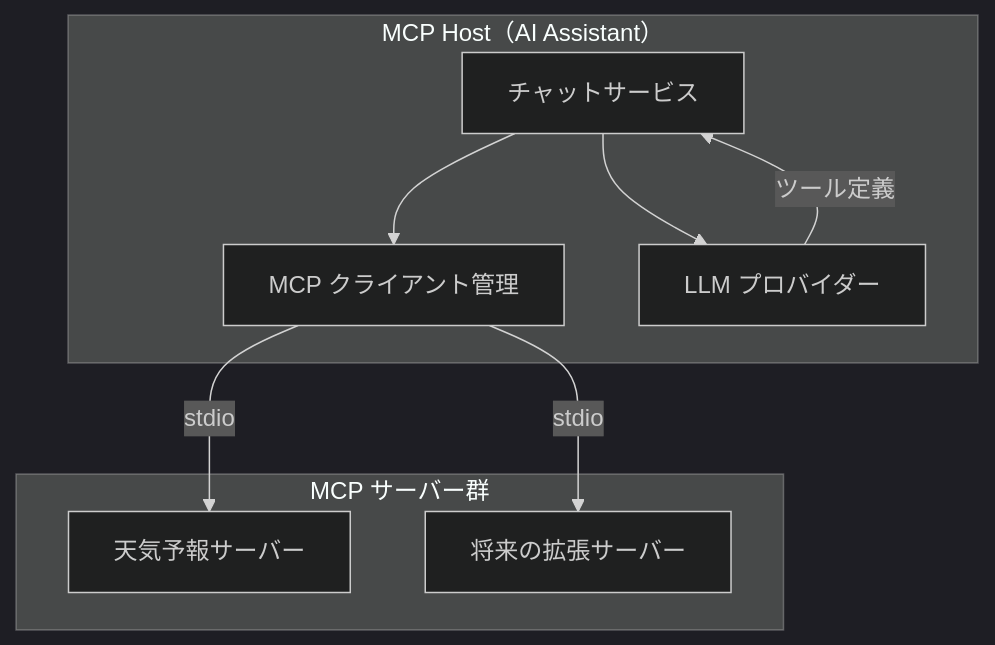
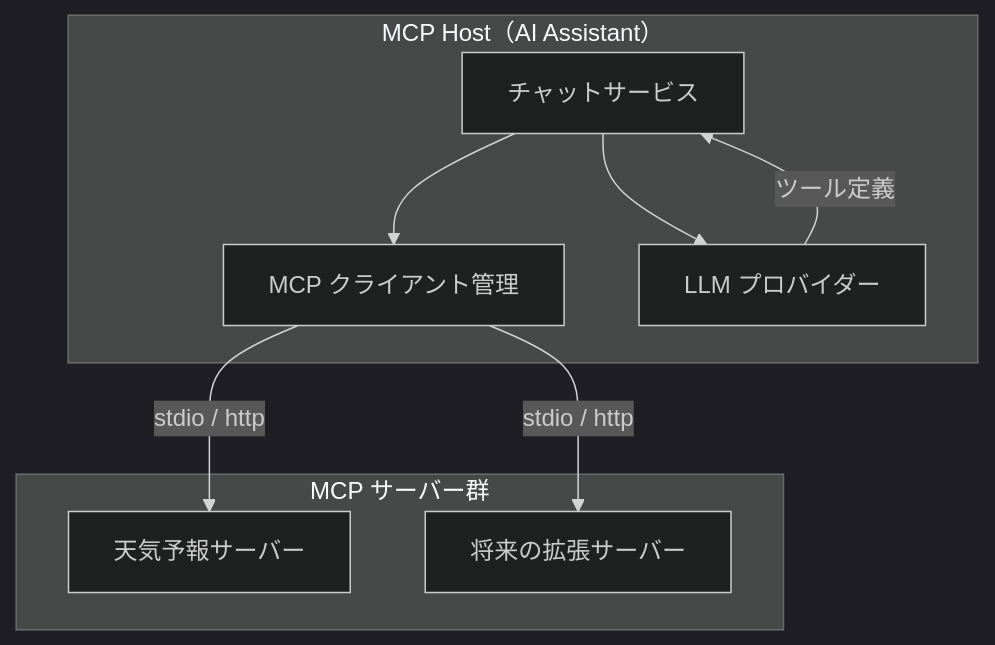
One commit to becky3/learning-companion changed the second of 2 diagrams in docs/specs/infrastructure/mcp-integration.md. Above: the diagram before and after it, drawn with Mermaid (dark theme). The commit also changed other lines of this file and 4 other files, not shown here.

````diff
--- a/docs/specs/infrastructure/mcp-integration.md
+++ b/docs/specs/infrastructure/mcp-integration.md
@@ -110,19 +113,19 @@
 ```mermaid
 flowchart TB
     subgraph Host["MCP Host（AI Assistant）"]
         CS[チャットサービス]
         CM[MCP クライアント管理]
         LLM[LLM プロバイダー]
     end
 
     subgraph Servers["MCP サーバー群"]
         S1["天気予報サーバー"]
         S2["将来の拡張サーバー"]
     end
 
     CS --> CM
     CS --> LLM
-    CM -->|stdio| S1
-    CM -->|stdio| S2
+    CM -->|stdio / http| S1
+    CM -->|stdio / http| S2
     LLM -->|ツール定義| CS
 ```
````
